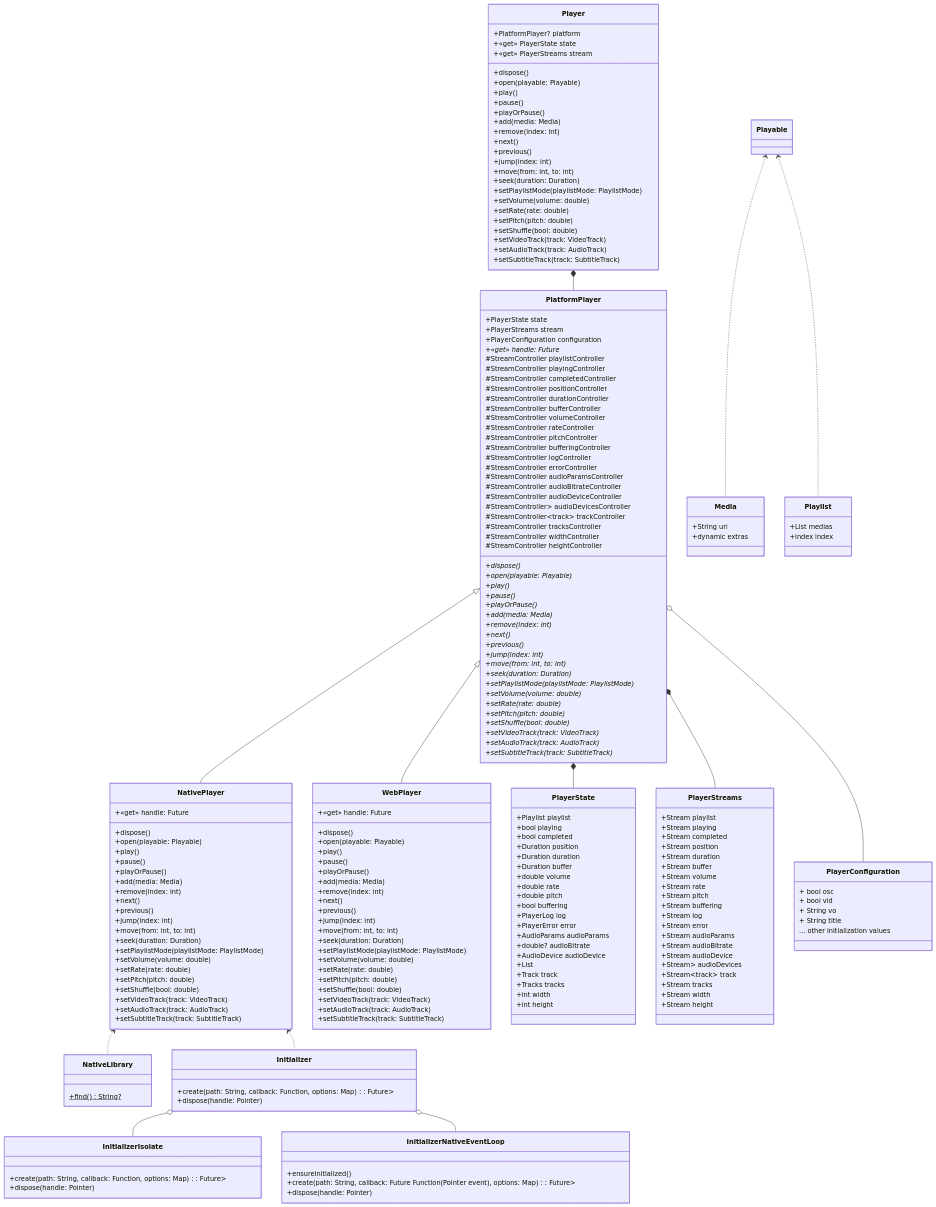
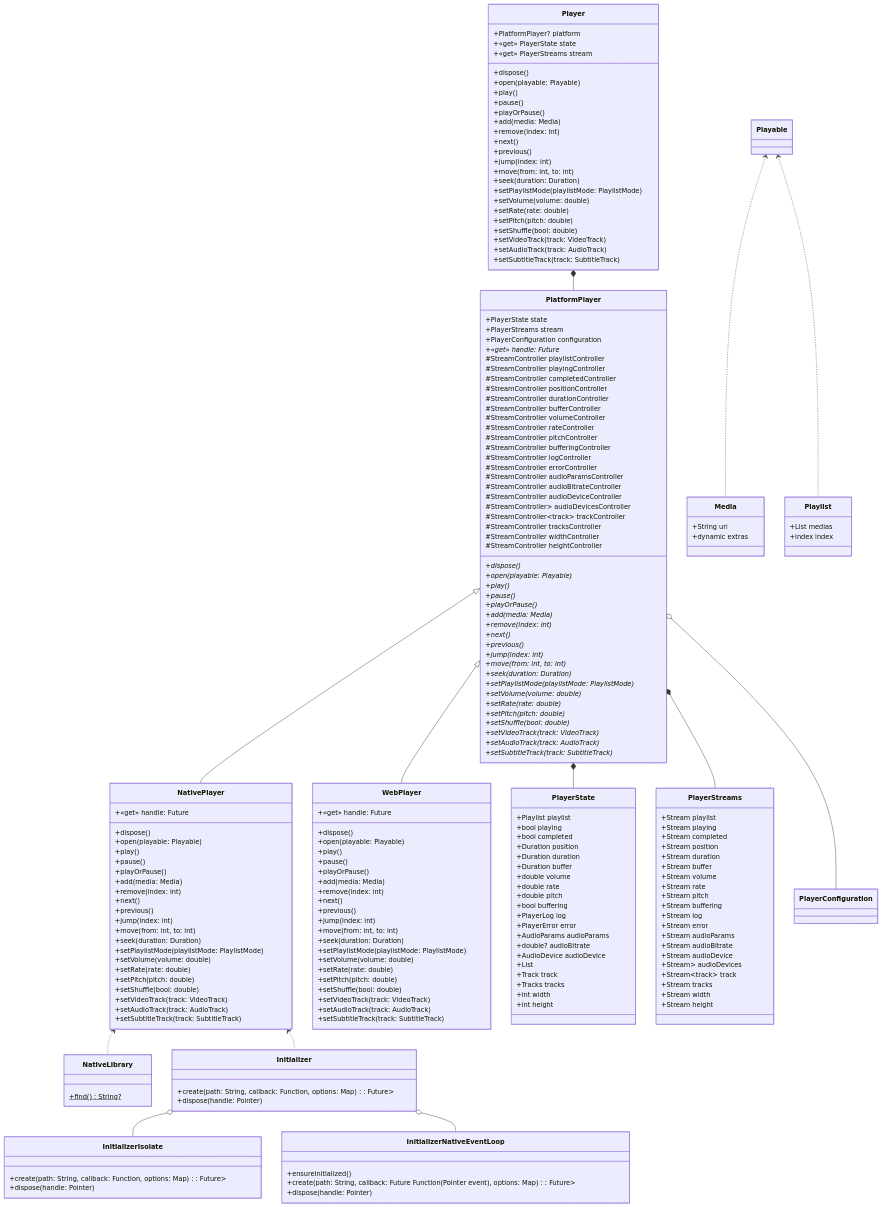
The first of 4 diagrams in README.md (coolight7/media-kit), drawn with Mermaid before and after one commit. The commit also changed other lines of this file and 5 other files, not shown here.

```diff
--- a/README.md
+++ b/README.md
@@ -1748,14 +1750,6 @@
   class Playlist {
     +List<Media> medias
     +index index
-  }
-
-  class PlayerConfiguration {
-    + bool osc
-    + bool vid
-    + String vo
-    + String title
-    ... other initialization values
   }
 
   class PlayerStreams {
```
